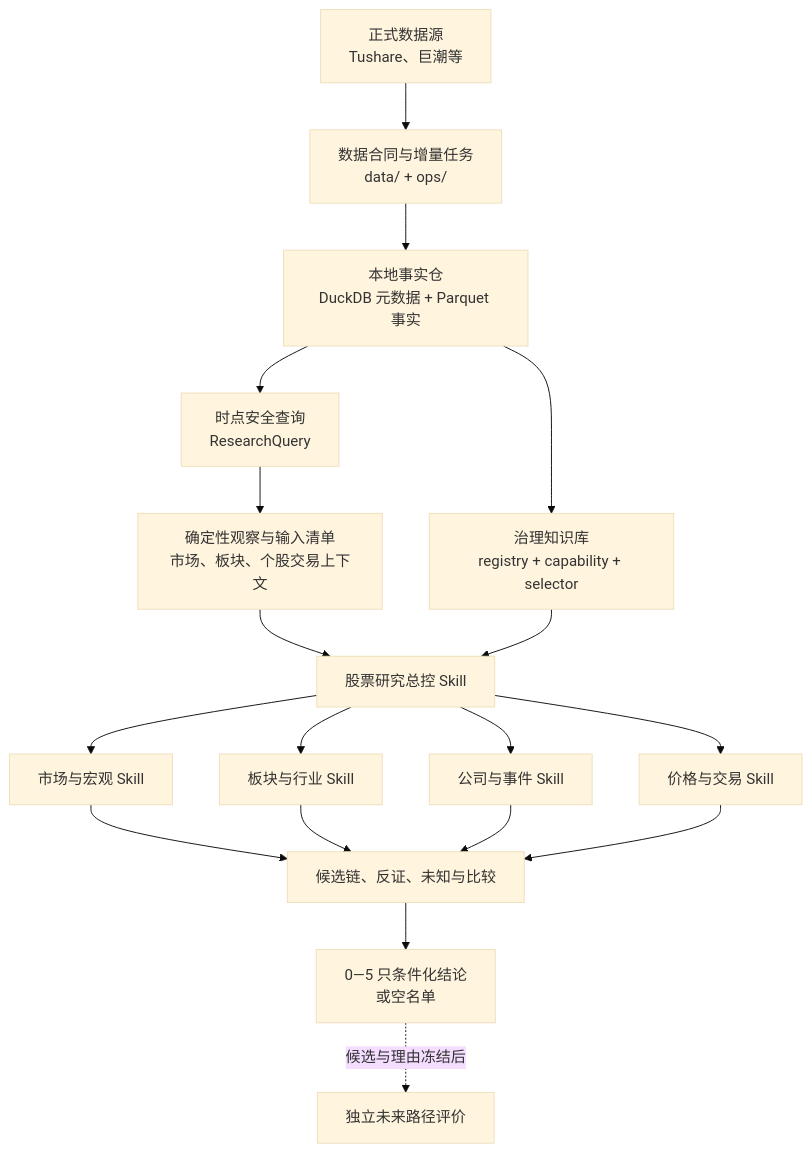
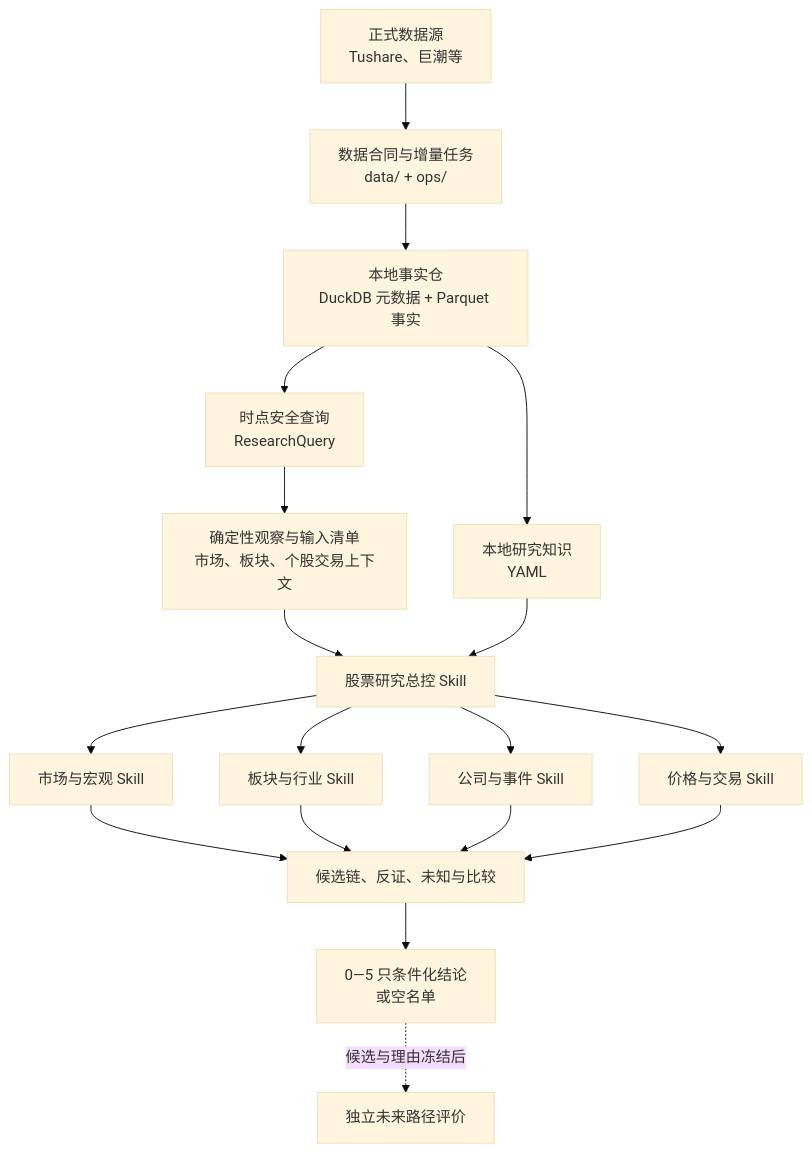
One commit to ccrt26/stock-analysis-assistant-v3 changed the diagram in docs/architecture/current-v3-architecture.md. Above: the diagram before and after it, drawn with Mermaid (base theme). The commit also changed other lines of this file and 46 other files, not shown here.

````diff
--- a/docs/architecture/current-v3-architecture.md
+++ b/docs/architecture/current-v3-architecture.md
@@ -61,20 +61,20 @@
 ```mermaid
 flowchart TD
     A["正式数据源<br/>Tushare、巨潮等"] --> B["数据合同与增量任务<br/>data/ + ops/"]
     B --> C["本地事实仓<br/>DuckDB 元数据 + Parquet 事实"]
     C --> D["时点安全查询<br/>ResearchQuery"]
     D --> E["确定性观察与输入清单<br/>市场、板块、个股交易上下文"]
-    C --> F["治理知识库<br/>registry + capability + selector"]
+    C --> F["本地研究知识<br/>YAML"]
     E --> G["股票研究总控 Skill"]
     F --> G
     G --> H["市场与宏观 Skill"]
     G --> I["板块与行业 Skill"]
     G --> J["公司与事件 Skill"]
     G --> K["价格与交易 Skill"]
     H --> L["候选链、反证、未知与比较"]
     I --> L
     J --> L
     K --> L
     L --> M["0—5 只条件化结论<br/>或空名单"]
     M -. "候选与理由冻结后" .-> N["独立未来路径评价"]
 ```
````
